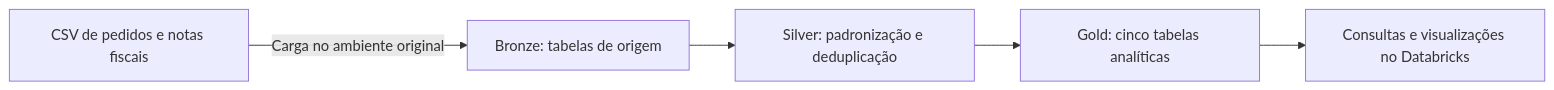
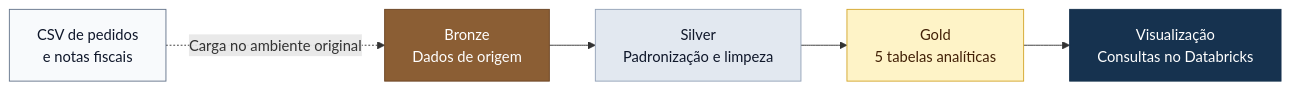
One commit to Luizrocha0/industria-automobilistida changed the diagram in README.md. Above: the diagram before and after it, drawn with Mermaid. The commit also changed other lines of this file, not shown here.

````diff
--- a/README.md
+++ b/README.md
@@ -15,7 +23,18 @@
 ```mermaid
 flowchart LR
-    A["CSV de pedidos e notas fiscais"] -->|"Carga no ambiente original"| B["Bronze: tabelas de origem"]
-    B --> C["Silver: padronização e deduplicação"]
-    C --> D["Gold: cinco tabelas analíticas"]
-    D --> E["Consultas e visualizações no Databricks"]
+    A["CSV de pedidos<br/>e notas fiscais"] -.->|Carga no ambiente original| B["Bronze<br/>Dados de origem"]
+    B --> C["Silver<br/>Padronização e limpeza"]
+    C --> D["Gold<br/>5 tabelas analíticas"]
+    D --> E["Visualização<br/>Consultas no Databricks"]
+
+    classDef raw fill:#F8FAFC,stroke:#64748B,color:#0F172A
+    classDef bronze fill:#8B5E34,stroke:#6B4423,color:#FFFFFF
+    classDef silver fill:#E2E8F0,stroke:#94A3B8,color:#0F172A
+    classDef gold fill:#FEF3C7,stroke:#D4A72C,color:#422006
+    classDef visual fill:#16324F,stroke:#16324F,color:#FFFFFF
+    class A raw
+    class B bronze
+    class C silver
+    class D gold
+    class E visual
 ```
````
